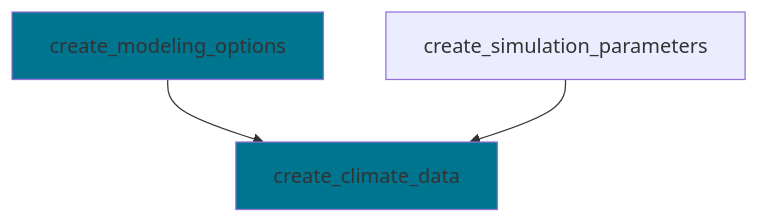
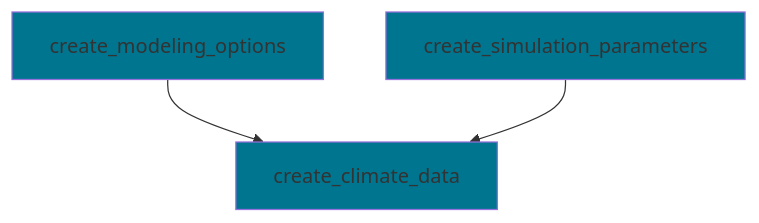
The diagram in README.md (ecamo19/sureau_ecos_py), drawn with Mermaid before and after one commit.

Commit message:
Adding graph to readme

````diff
--- a/README.md
+++ b/README.md
@@ -22,16 +22,17 @@
 ```mermaid
     graph TD;
 
         create_modeling_options-->create_climate_data;
         create_simulation_parameters-->create_climate_data;
 
         %% Blue color boxes ------------------------------------------------------------------
 
         style create_climate_data fill:#00758f
         style create_modeling_options fill:#00758f
+        style create_simulation_parameters fill:#00758f
 
         %% Red color boxes ------------------------------------------------------------------------
 
         %%style write.ensemble.configs fill:#880808
 
 ```
````
